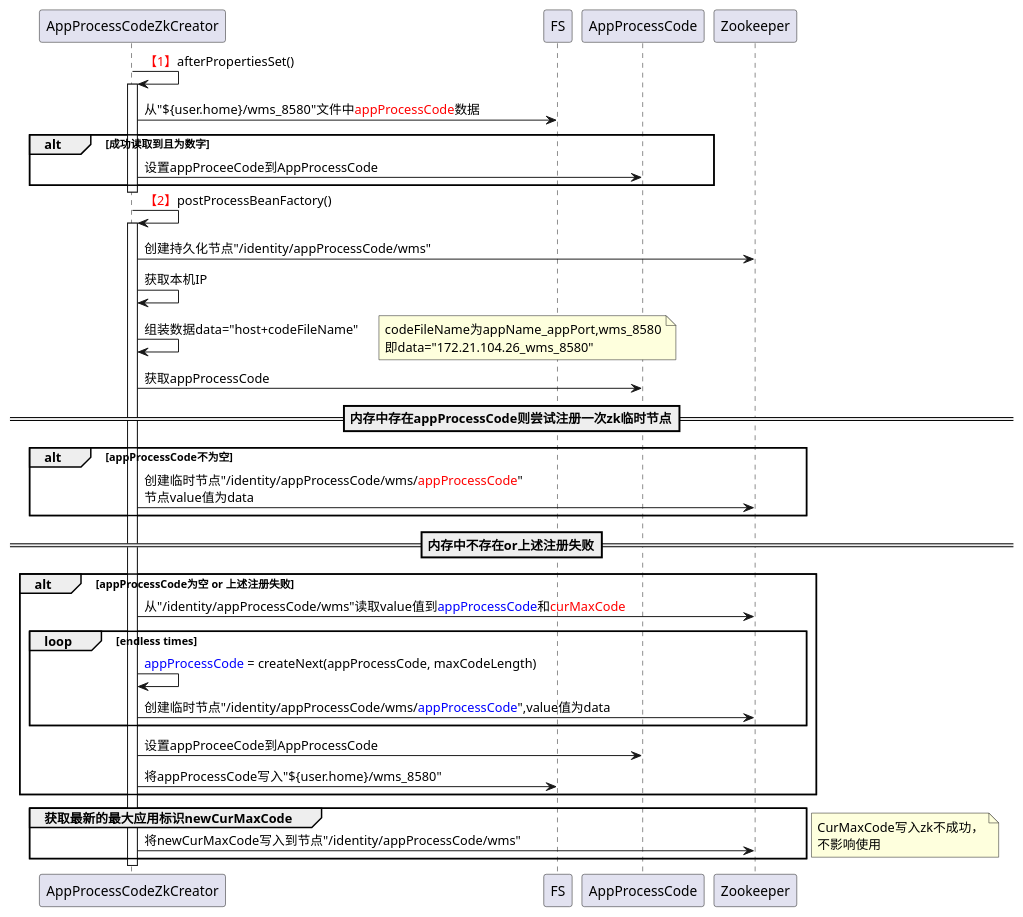
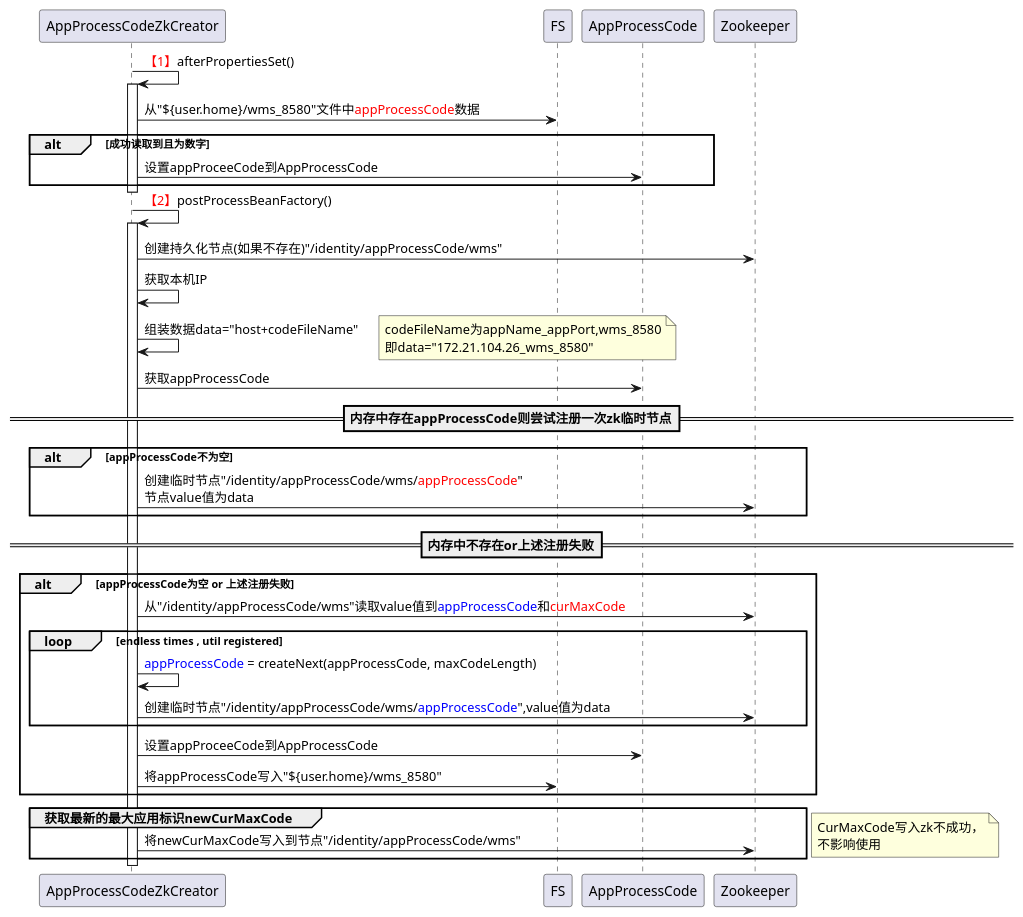
Before and after one commit to newbigTech/myDesignPattern: the diagram in uml/wms/distributeId.puml, drawn with PlantUML.

Commit message:
uml图

```diff
--- a/uml/wms/distributeId.puml
+++ b/uml/wms/distributeId.puml
@@ -1,48 +1,48 @@
 @startuml
 AppProcessCodeZkCreator -> AppProcessCodeZkCreator:<font color=red>【1】</font>afterPropertiesSet()
 activate AppProcessCodeZkCreator
 AppProcessCodeZkCreator-> FS:从"${user.home}/wms_8580"文件中<font color=red>appProcessCode</font>数据
 alt 成功读取到且为数字
     AppProcessCodeZkCreator->AppProcessCode:设置appProceeCode到AppProcessCode
 end
 deactivate AppProcessCodeZkCreator
 
 
 
 AppProcessCodeZkCreator -> AppProcessCodeZkCreator: <font color=red>【2】</font>postProcessBeanFactory()
 activate AppProcessCodeZkCreator
-AppProcessCodeZkCreator -> Zookeeper: 创建持久化节点"/identity/appProcessCode/wms"
+AppProcessCodeZkCreator -> Zookeeper: 创建持久化节点(如果不存在)"/identity/appProcessCode/wms"
 
 AppProcessCodeZkCreator -> AppProcessCodeZkCreator:获取本机IP
 AppProcessCodeZkCreator -> AppProcessCodeZkCreator:组装数据data="host+codeFileName"
 note right
 codeFileName为appName_appPort,wms_8580
 即data="172.21.104.26_wms_8580"
 end note
 AppProcessCodeZkCreator ->AppProcessCode:获取appProcessCode
 ==内存中存在appProcessCode则尝试注册一次zk临时节点==
 alt appProcessCode不为空
 AppProcessCodeZkCreator -> Zookeeper: 创建临时节点"/identity/appProcessCode/wms/<font color=red>appProcessCode</font>"\n节点value值为data
 end
 
 ==内存中不存在or上述注册失败==
 alt appProcessCode为空 or 上述注册失败
     AppProcessCodeZkCreator -> Zookeeper:从"/identity/appProcessCode/wms"读取value值到<font color=blue>appProcessCode</font>和<font color=red>curMaxCode
-    loop endless times
+    loop endless times , util registered
         AppProcessCodeZkCreator -> AppProcessCodeZkCreator:<font color=blue>appProcessCode</font> = createNext(appProcessCode, maxCodeLength)
         AppProcessCodeZkCreator -> Zookeeper:创建临时节点"/identity/appProcessCode/wms/<font color=blue>appProcessCode</font>",value值为data
     end
     AppProcessCodeZkCreator->AppProcessCode:设置appProceeCode到AppProcessCode
     AppProcessCodeZkCreator->FS:将appProcessCode写入"${user.home}/wms_8580"
 end
 
 group 获取最新的最大应用标识newCurMaxCode
     AppProcessCodeZkCreator -> Zookeeper:将newCurMaxCode写入到节点"/identity/appProcessCode/wms"
 end
 note left
 CurMaxCode写入zk不成功，
 不影响使用
 end note
 deactivate AppProcessCodeZkCreator
 
 @enduml
```
